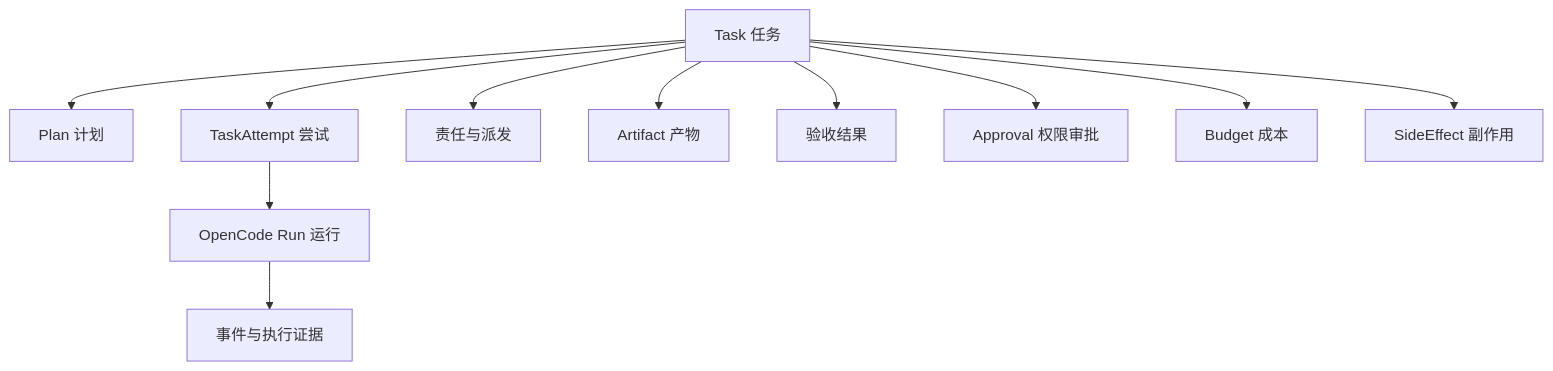
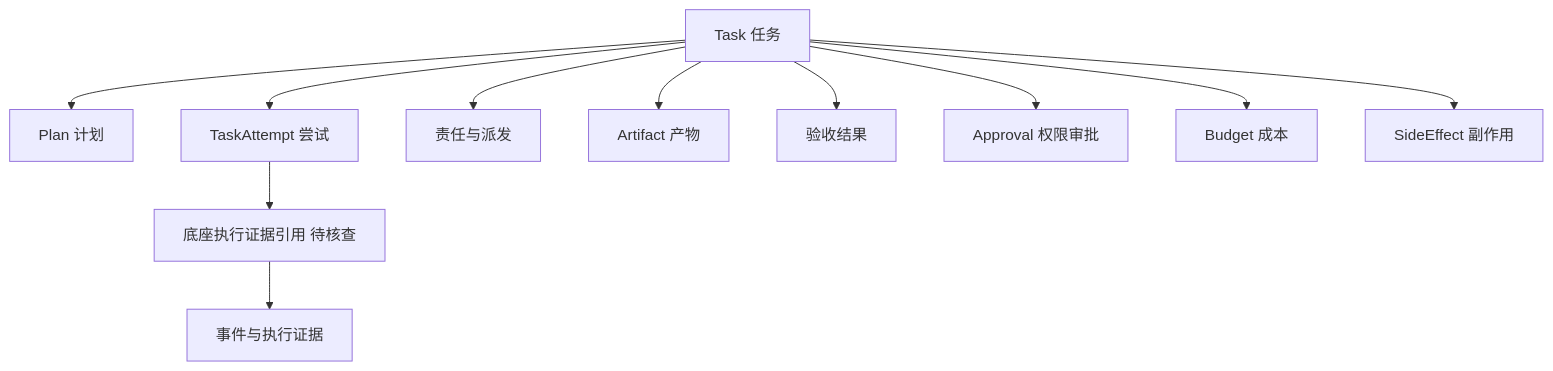
One commit to liu629711-spec/Magic changed the third of 6 diagrams in docs/01-产品/PRD-04-任务执行与治理.md. Above: the diagram before and after it, drawn with Mermaid. The commit also changed other lines of this file and 199 other files, not shown here.

````diff
--- a/docs/01-产品/PRD-04-任务执行与治理.md
+++ b/docs/01-产品/PRD-04-任务执行与治理.md
@@ -136,13 +136,13 @@
 ```mermaid
 flowchart TD
   T[Task 任务] --> P[Plan 计划]
   T --> A[TaskAttempt 尝试]
-  A --> R[OpenCode Run 运行]
+  A --> R[底座执行证据引用 待核查]
   R --> E[事件与执行证据]
   T --> O[责任与派发]
   T --> X[Artifact 产物]
   T --> V[验收结果]
   T --> Q[Approval 权限审批]
   T --> C[Budget 成本]
   T --> S[SideEffect 副作用]
 ```
````
